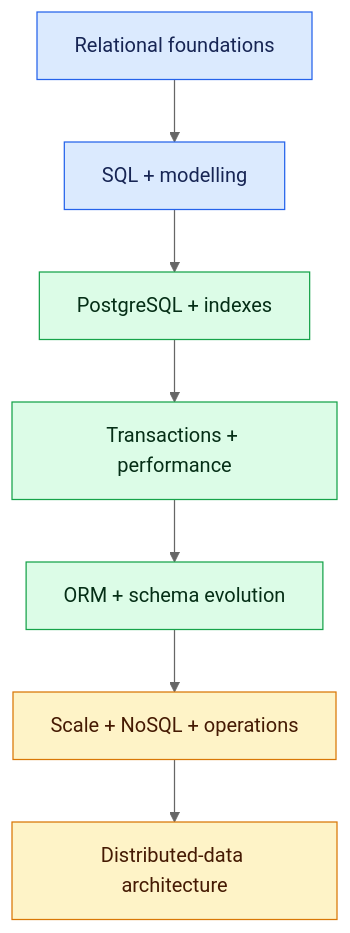
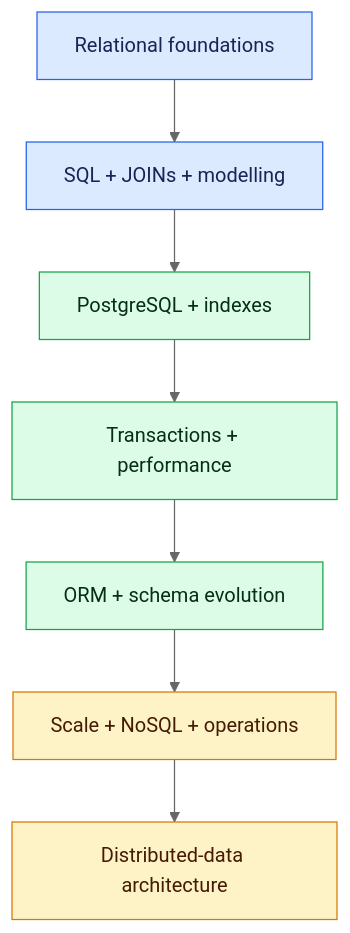
The diagram in docs/04-database/database-zero-to-expert/README.md (Skpandey15/java-enterprise-ai-architecture), drawn with Mermaid (neutral theme) before and after one commit. The commit also changed other lines of this file, not shown here.

Commit message:
Link SQL joins chapter from curriculum

````diff
--- a/docs/04-database/database-zero-to-expert/README.md
+++ b/docs/04-database/database-zero-to-expert/README.md
@@ -20,15 +23,15 @@
 ```mermaid
 flowchart TD
-  A["Relational foundations"] --> B["SQL + modelling"]
+  A["Relational foundations"] --> B["SQL + JOINs + modelling"]
   B --> C["PostgreSQL + indexes"]
   C --> D["Transactions + performance"]
   D --> E["ORM + schema evolution"]
   E --> F["Scale + NoSQL + operations"]
   F --> G["Distributed-data architecture"]
   classDef learn fill:#dbeafe,stroke:#2563eb,color:#172554
   classDef build fill:#dcfce7,stroke:#16a34a,color:#052e16
   classDef operate fill:#fef3c7,stroke:#d97706,color:#451a03
   class A,B learn
   class C,D,E build
   class F,G operate
 ```
````
